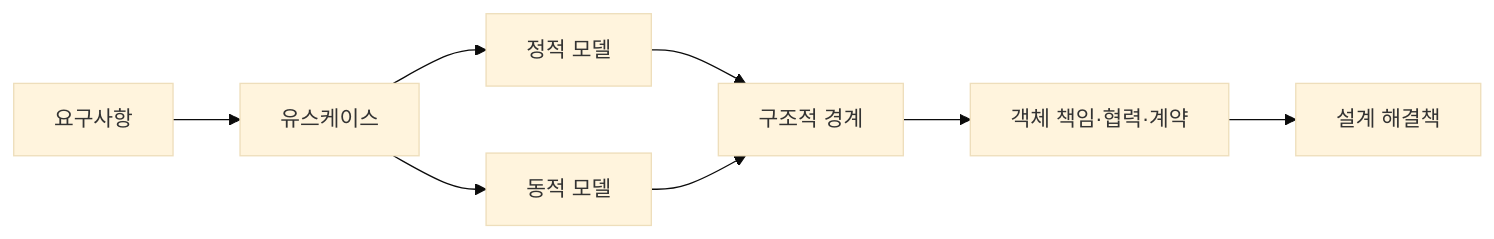
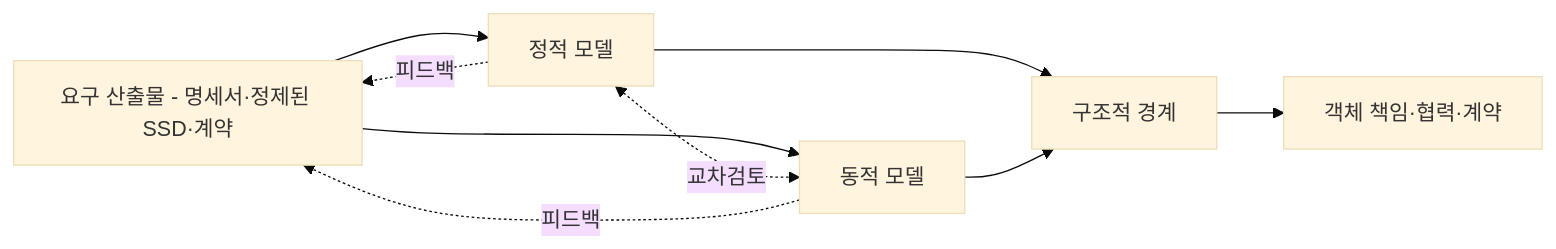
Diagram 15 of 19 in courses/ooad/sessions/s02.md (YoungSan77/TrainingMaterials), drawn with Mermaid (base theme) before and after one commit. The commit also changed other lines of this file and 11 other files, not shown here.

````diff
--- a/courses/ooad/sessions/s02.md
+++ b/courses/ooad/sessions/s02.md
@@ -1124,10 +1370,11 @@
 ```mermaid
 flowchart LR
-    R["요구사항"] --> U["유스케이스"]
-    U --> S["정적 모델"]
-    U --> D["동적 모델"]
+    R["요구 산출물 - 명세서·정제된 SSD·계약"] --> S["정적 모델"]
+    R --> D["동적 모델"]
+    S <-.->|교차검토| D
+    S -.->|피드백| R
+    D -.->|피드백| R
     S --> B["구조적 경계"]
     D --> B
     B --> C["객체 책임·협력·계약"]
-    C --> X["설계 해결책"]
 ```
````
